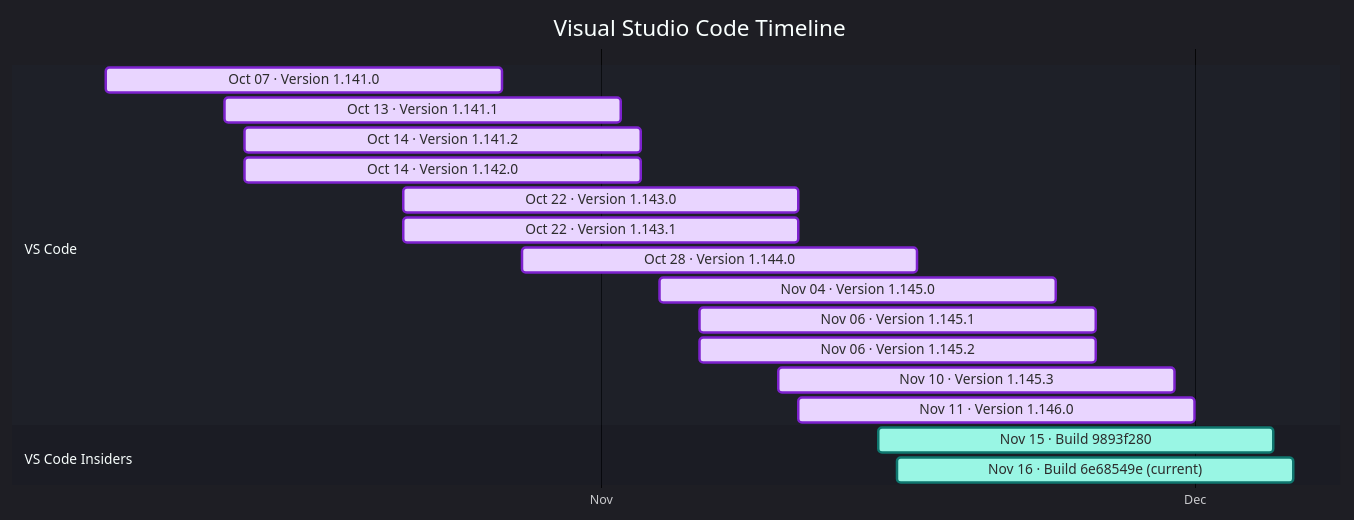
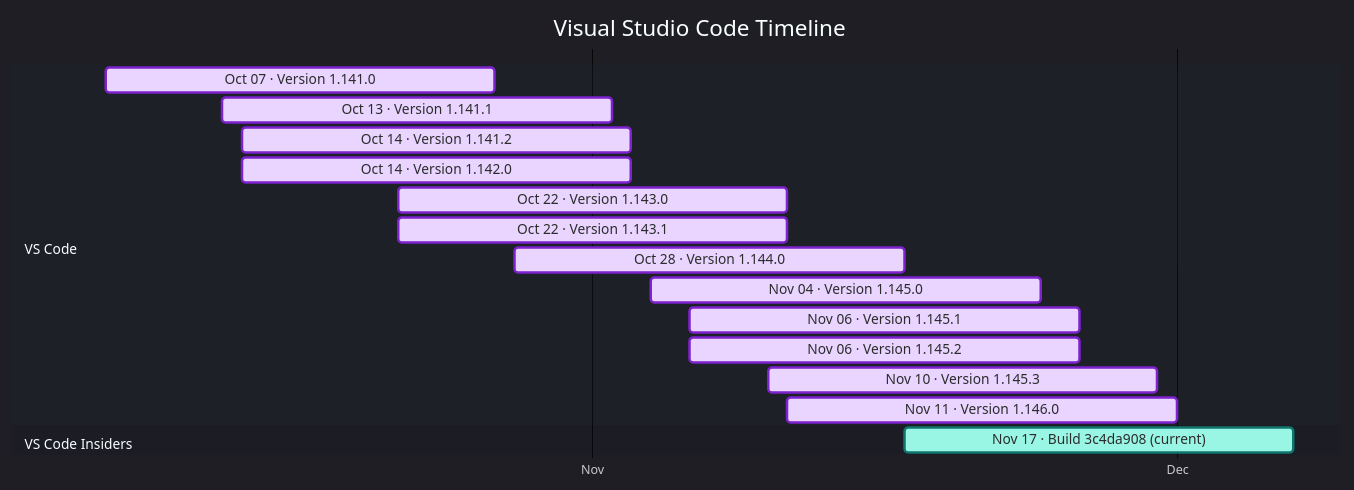
One commit to Oxelya-DevTools/VisualStudioUpdate changed the diagram in docs/vscode.md. Above: the diagram before and after it, drawn with Mermaid. The commit also changed other lines of this file and 1 other file, not shown here.

````diff
--- a/docs/vscode.md
+++ b/docs/vscode.md
@@ -9,24 +9,23 @@
 ```mermaid
 %%{init: {'theme':'dark','themeVariables': { 'fontFamily': 'Segoe UI', 'fontSize': '24px', 'textColor': '#F3F4F6', 'titleTextColor': '#FFFFFF', 'taskTextColor': '#111827', 'taskTextLightColor': '#111827', 'taskTextOutsideColor': '#F3F4F6', 'taskBkgColor': '#BAE6FD', 'taskBorderColor': '#0369A1', 'doneTaskBkgColor': '#E9D5FF', 'doneTaskBorderColor': '#7E22CE', 'activeTaskBkgColor': '#99F6E4', 'activeTaskBorderColor': '#0F766E', 'critTaskBkgColor': '#FED7AA', 'critTaskBorderColor': '#C2410C', 'sectionBkgColor': '#1F2937', 'altSectionBkgColor': '#111827', 'gridColor': '#4B5563', 'todayLineColor': '#F87171' }}}%%
 gantt
     title Visual Studio Code Timeline
     dateFormat  YYYY-MM-DD
     axisFormat  %b
     tickInterval 1month
     section VS Code
     Oct 07 · Version 1.141.0 : done, vscode202610070, 2026-10-07, 20d
     Oct 13 · Version 1.141.1 : done, vscode202610131, 2026-10-13, 20d
     Oct 14 · Version 1.141.2 : done, vscode202610142, 2026-10-14, 20d
     Oct 14 · Version 1.142.0 : done, vscode202610143, 2026-10-14, 20d
     Oct 22 · Version 1.143.0 : done, vscode202610224, 2026-10-22, 20d
     Oct 22 · Version 1.143.1 : done, vscode202610225, 2026-10-22, 20d
     Oct 28 · Version 1.144.0 : done, vscode202610286, 2026-10-28, 20d
     Nov 04 · Version 1.145.0 : done, vscode202611047, 2026-11-04, 20d
     Nov 06 · Version 1.145.1 : done, vscode202611068, 2026-11-06, 20d
     Nov 06 · Version 1.145.2 : done, vscode202611069, 2026-11-06, 20d
     Nov 10 · Version 1.145.3 : done, vscode2026111010, 2026-11-10, 20d
     Nov 11 · Version 1.146.0 : done, vscode2026111111, 2026-11-11, 20d
     section VS Code Insiders
-    Nov 15 · Build 9893f280 : active, vscodeinsiders202611150, 2026-11-15, 20d
-    Nov 16 · Build 6e68549e (current) : active, vscodeinsiders202611161, 2026-11-16, 20d
+    Nov 17 · Build 3c4da908 (current) : active, vscodeinsiders202611170, 2026-11-17, 20d
 ```
````
